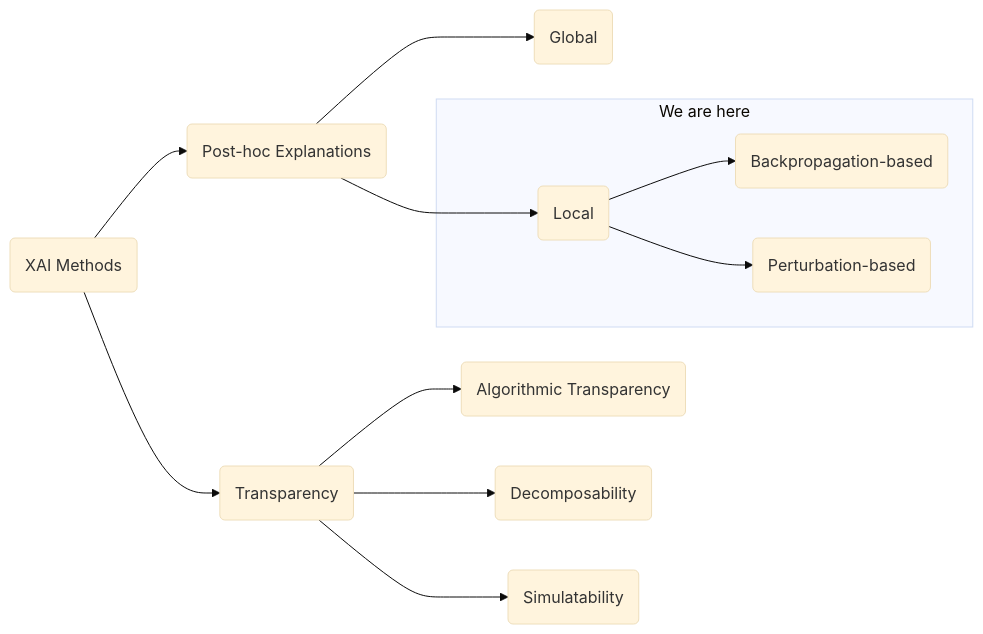
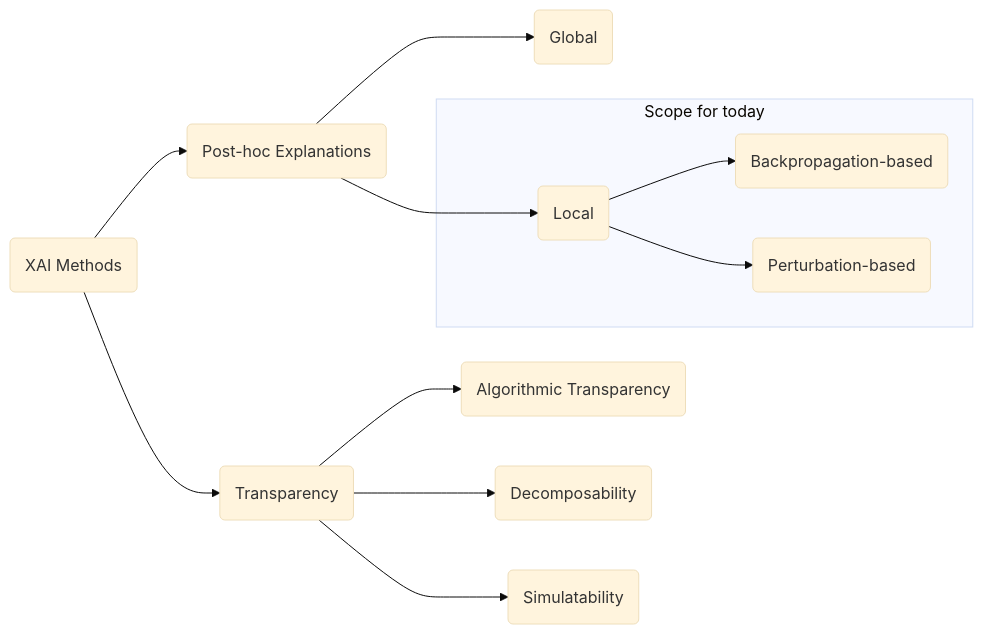
One commit to becausejustyn/xai_presentation changed the diagram in pres_draft.qmd. Above: the diagram before and after it, drawn with Mermaid (base theme). The commit also changed other lines of this file and 1 other file, not shown here.

````diff
--- a/pres_draft.qmd
+++ b/pres_draft.qmd
@@ -47,21 +47,21 @@
 ```{mermaid}
 %%| fig-height: 6
 flowchart LR
     A(XAI Methods)
     B(Post-hoc Explanations)
     C(Transparency)
     C1(Algorithmic Transparency)
     C2(Decomposability)
     C3(Simulatability)
     A1(Backpropagation-based)
     A2(Perturbation-based)
     A3A(Global)
     A3B(Local)
 
     A --> B & C
     C --> C1 & C2 & C3
     B --> A3A & A3B
-    subgraph We are here
+    subgraph Scope for today
     A3B --> A1 & A2
     end
 ```
````
